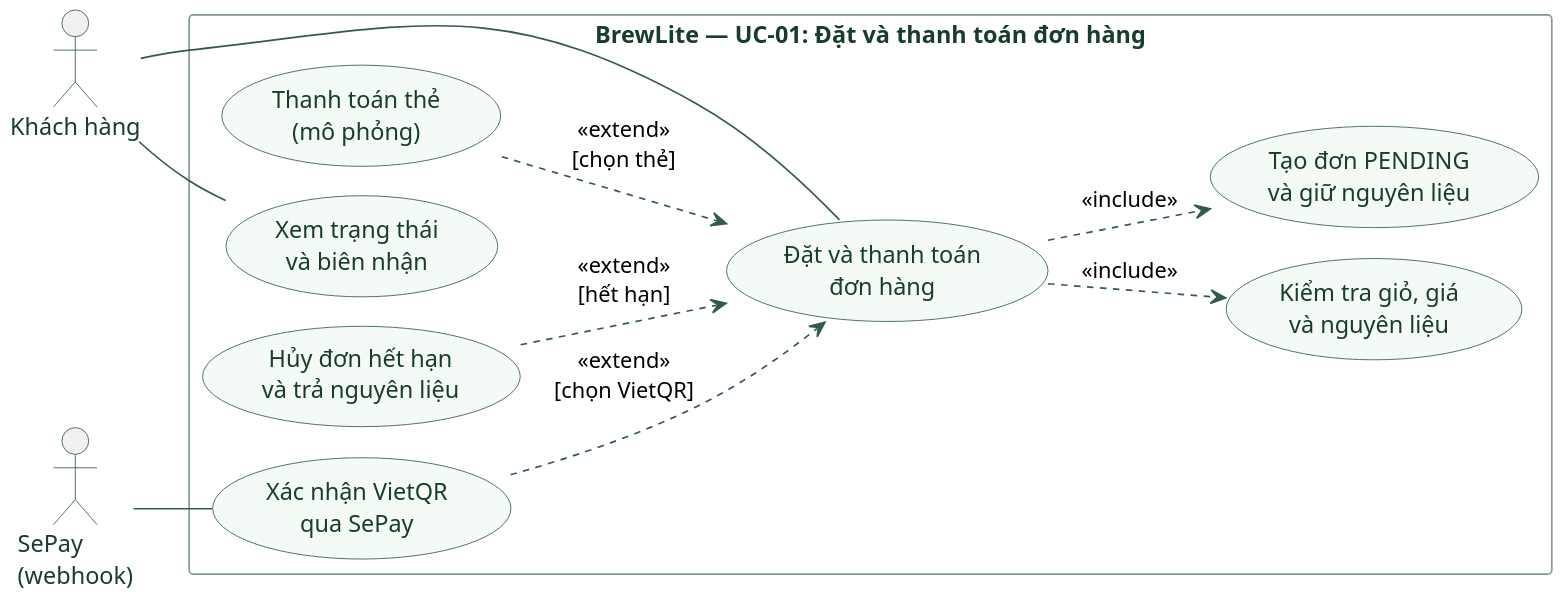
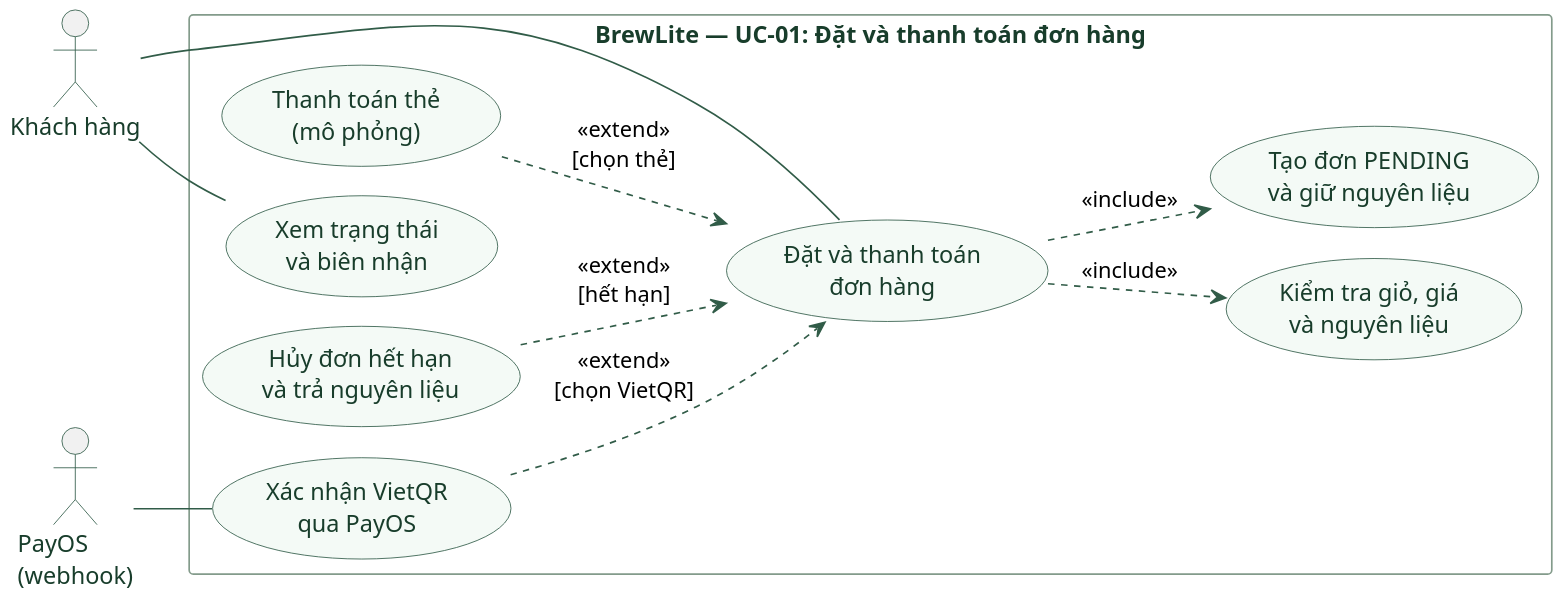
Before and after one commit to PhucTruong11/brewlite-assignment2: the diagram in docs/diagrams/uc01-order-checkout.puml, drawn with PlantUML. The commit also changed 29 other files, not shown here.

```diff
--- a/docs/diagrams/uc01-order-checkout.puml
+++ b/docs/diagrams/uc01-order-checkout.puml
@@ -1,48 +1,48 @@
 @startuml
 !pragma layout smetana
 left to right direction
 scale 1.8
 
 skinparam backgroundColor white
 skinparam shadowing false
 skinparam defaultFontName Arial
 skinparam ArrowColor #315C48
 skinparam actor {
   FontColor #183D2B
   BorderColor #315C48
 }
 skinparam usecase {
   BackgroundColor #F4FAF6
   BorderColor #315C48
   FontColor #183D2B
 }
 skinparam rectangle {
   BackgroundColor white
   BorderColor #839B8B
   FontColor #183D2B
 }
 
 actor "Khách hàng" as Customer
-actor "SePay\n(webhook)" as Sepay
+actor "PayOS\n(webhook)" as PayOS
 
 rectangle "BrewLite — UC-01: Đặt và thanh toán đơn hàng" {
   usecase "Đặt và thanh toán\nđơn hàng" as UC
   usecase "Kiểm tra giỏ, giá\nvà nguyên liệu" as Validate
   usecase "Tạo đơn PENDING\nvà giữ nguyên liệu" as Create
   usecase "Thanh toán thẻ\n(mô phỏng)" as Card
-  usecase "Xác nhận VietQR\nqua SePay" as QR
+  usecase "Xác nhận VietQR\nqua PayOS" as QR
   usecase "Hủy đơn hết hạn\nvà trả nguyên liệu" as Expire
   usecase "Xem trạng thái\nvà biên nhận" as Receipt
 }
 
 Customer -- UC
 Customer -- Receipt
-Sepay -- QR
+PayOS -- QR
 
 UC ..> Validate : <<include>>
 UC ..> Create : <<include>>
 Card ..> UC : <<extend>>\n[chọn thẻ]
 QR ..> UC : <<extend>>\n[chọn VietQR]
 Expire ..> UC : <<extend>>\n[hết hạn]
 
 @enduml
```
